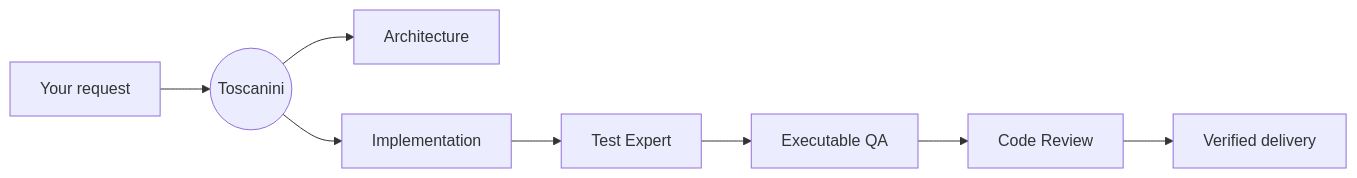
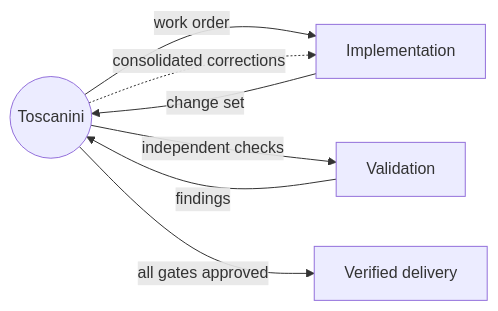
One commit to andremellow/toscanini changed the diagram in README.md. Above: the diagram before and after it, drawn with Mermaid. The commit also changed other lines of this file and 39 other files, not shown here.

````diff
--- a/README.md
+++ b/README.md
@@ -24,10 +30,9 @@
 ```mermaid
 flowchart LR
-    R[Your request] --> T((Toscanini))
-    T --> A[Architecture]
-    T --> W[Implementation]
-    W --> X[Test Expert]
-    X --> Q[Executable QA]
-    Q --> C[Code Review]
-    C --> D[Verified delivery]
+    T((Toscanini)) -->|work order| I[Implementation]
+    I -->|change set| T
+    T -->|independent checks| V[Validation]
+    V -->|findings| T
+    T -.->|consolidated corrections| I
+    T -->|all gates approved| D[Verified delivery]
 ```
````
